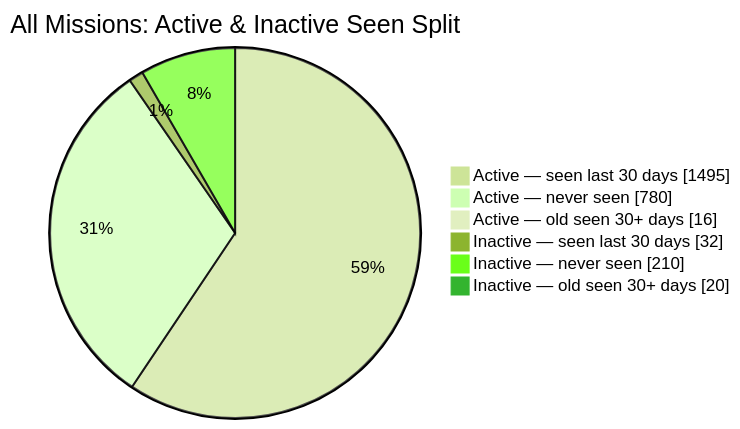
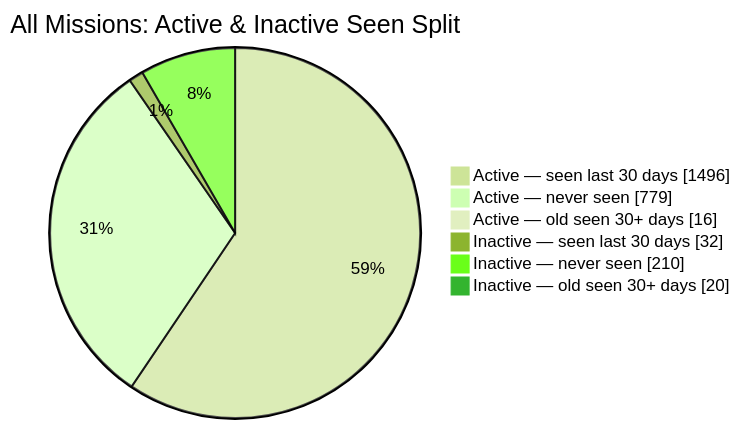
One commit to MeldkamerspelGameTeam/active-missions changed the second of 2 diagrams in README.md. Above: the diagram before and after it, drawn with Mermaid (forest theme). The commit also changed other lines of this file and 2 other files, not shown here.

````diff
--- a/README.md
+++ b/README.md
@@ -44,10 +44,10 @@
 ```mermaid
 pie showData
     title All Missions: Active & Inactive Seen Split
-    "Active — seen last 30 days" : 1495
-    "Active — never seen" : 780
+    "Active — seen last 30 days" : 1496
+    "Active — never seen" : 779
     "Active — old seen 30+ days" : 16
     "Inactive — seen last 30 days" : 32
     "Inactive — never seen" : 210
     "Inactive — old seen 30+ days" : 20
 ```
````
